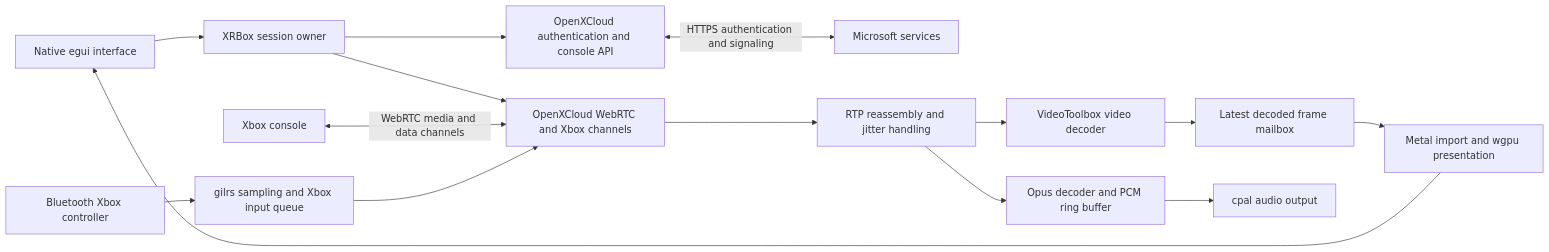
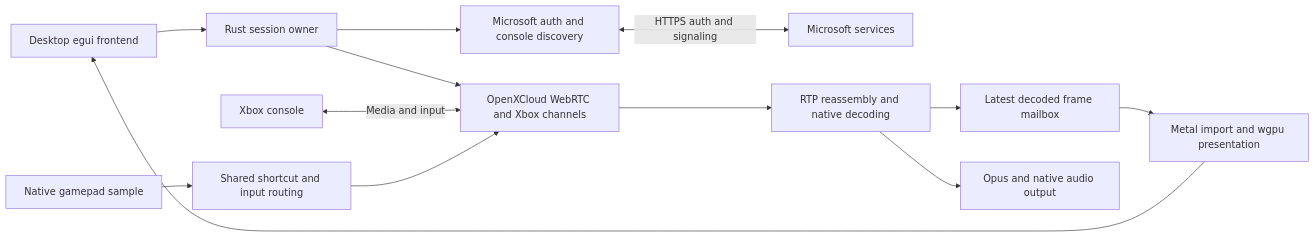
The first of 2 diagrams in Plan.md (jlips24/XRbox), drawn with Mermaid before and after one commit. The commit also changed other lines of this file and 3 other files, not shown here.

````diff
--- a/Plan.md
+++ b/Plan.md
@@ -67,17 +134,15 @@
 ```mermaid
 flowchart LR
-    UI[Native egui interface] --> HOST[XRBox session owner]
-    HOST --> AUTH[OpenXCloud authentication and console API]
-    AUTH <-->|HTTPS authentication and signaling| MS[Microsoft services]
-    HOST --> RTC[OpenXCloud WebRTC and Xbox channels]
-    XBOX[Xbox console] <-->|WebRTC media and data channels| RTC
-    RTC --> JITTER[RTP reassembly and jitter handling]
-    JITTER --> VDEC[VideoToolbox video decoder]
-    VDEC --> MAIL[Latest decoded frame mailbox]
+    UI[Desktop egui frontend] --> SESSION[Rust session owner]
+    SESSION --> AUTH[Microsoft auth and console discovery]
+    AUTH <-->|HTTPS auth and signaling| MS[Microsoft services]
+    SESSION --> RTC[OpenXCloud WebRTC and Xbox channels]
+    XBOX[Xbox console] <-->|Media and input| RTC
+    RTC --> PIPE[RTP reassembly and native decoding]
+    PIPE --> MAIL[Latest decoded frame mailbox]
     MAIL --> GPU[Metal import and wgpu presentation]
     GPU --> UI
-    JITTER --> ADEC[Opus decoder and PCM ring buffer]
-    ADEC --> AUDIO[cpal audio output]
-    PAD[Bluetooth Xbox controller] --> INPUT[gilrs sampling and Xbox input queue]
+    PIPE --> AUDIO[Opus and native audio output]
+    PAD[Native gamepad sample] --> INPUT[Shared shortcut and input routing]
     INPUT --> RTC
 ```
````
